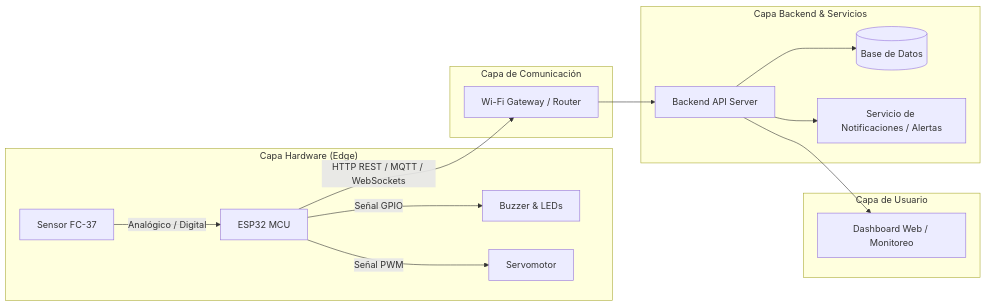
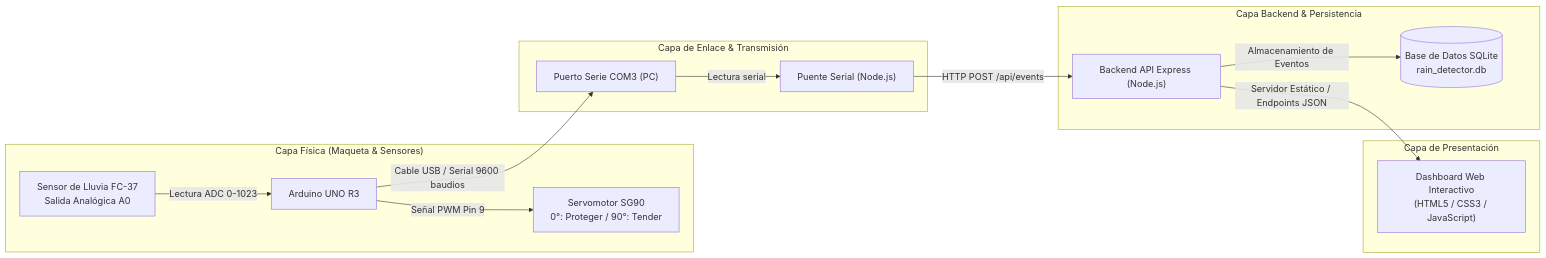
One commit to armandosolisvillegas-max/rain_detector changed the diagram in README.md. Above: the diagram before and after it, drawn with Mermaid. The commit also changed other lines of this file and 1 other file, not shown here.

````diff
--- a/README.md
+++ b/README.md
@@ -152,22 +140,21 @@
 ```mermaid
-graph LR
-    subgraph Hardware ["Capa Hardware (Edge)"]
-        S[Sensor FC-37] -->|Analógico / Digital| ESP[ESP32 MCU]
-        ESP -->|Señal GPIO| BZ[Buzzer & LEDs]
-        ESP -->|Señal PWM| SV[Servomotor]
+flowchart LR
+    subgraph Hardware ["Capa Física (Maqueta & Sensores)"]
+        Sensor["Sensor de Lluvia FC-37<br/>Salida Analógica A0"] -->|Lectura ADC 0-1023| Arduino["Arduino UNO R3"]
+        Arduino -->|Señal PWM Pin 9| Servo["Servomotor SG90<br/>0°: Proteger / 90°: Tender"]
     end
 
-    subgraph Red ["Capa de Comunicación"]
-        ESP -->|HTTP REST / MQTT / WebSockets| GW[Wi-Fi Gateway / Router]
+    subgraph Enlace ["Capa de Enlace & Transmisión"]
+        Arduino -->|Cable USB / Serial 9600 baudios| COM["Puerto Serie COM3 (PC)"]
+        COM -->|Lectura serial| Bridge["Puente Serial (Node.js)"]
     end
 
-    subgraph BackendServicios ["Capa Backend & Servicios"]
-        GW --> API[Backend API Server]
-        API --> DB[(Base de Datos)]
-        API --> WS[Servicio de Notificaciones / Alertas]
+    subgraph BackendServicios ["Capa Backend & Persistencia"]
+        Bridge -->|HTTP POST /api/events| Express["Backend API Express (Node.js)"]
+        Express -->|Almacenamiento de Eventos| DB[("Base de Datos SQLite<br/>rain_detector.db")]
     end
 
-    subgraph Cliente ["Capa de Usuario"]
-        API --> UI[Dashboard Web / Monitoreo]
+    subgraph Cliente ["Capa de Presentación"]
+        Express -->|Servidor Estático / Endpoints JSON| Dashboard["Dashboard Web Interactivo<br/>(HTML5 / CSS3 / JavaScript)"]
     end
 ```
````
